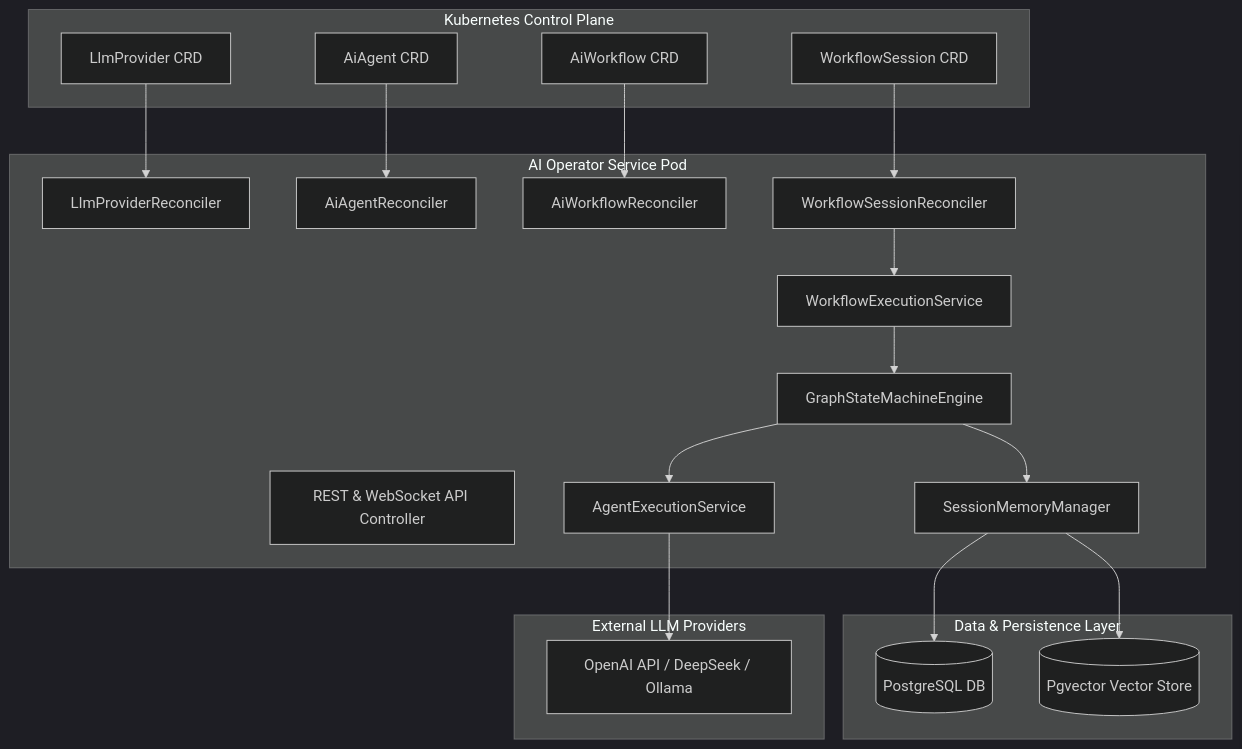
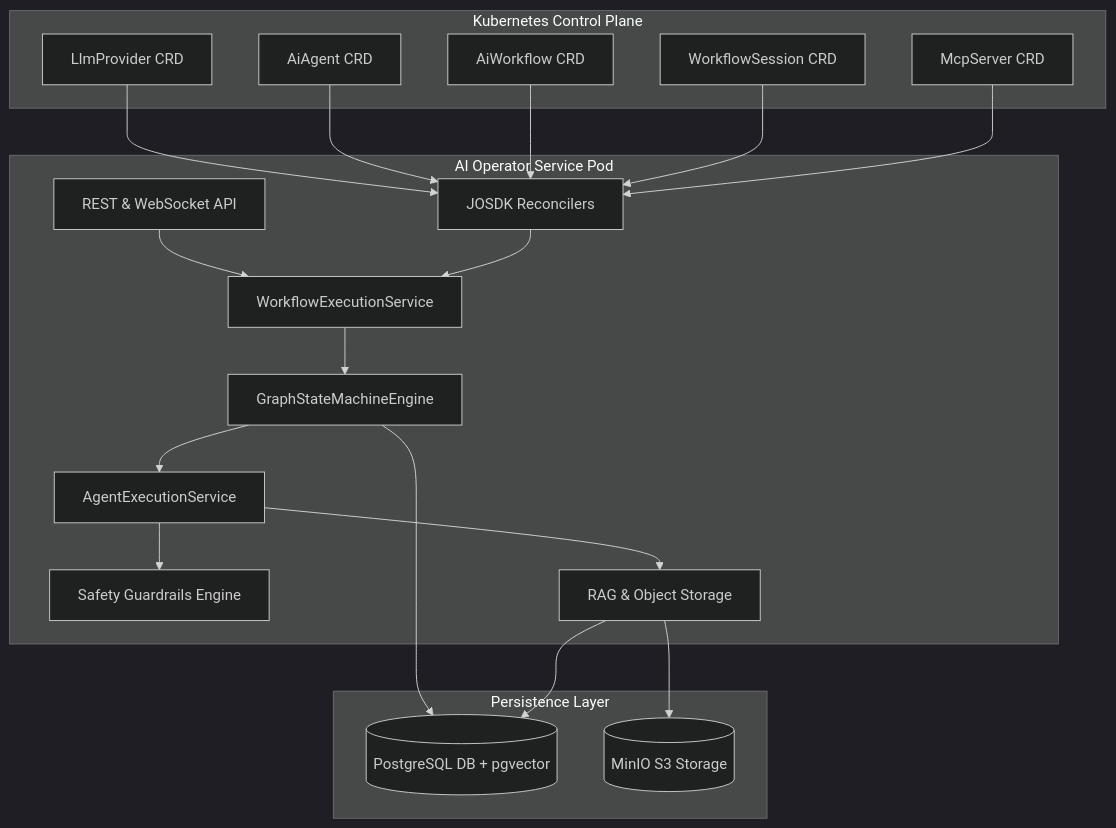
The diagram in docs/index.md (netologist/tuluat), drawn with Mermaid (dark theme) before and after one commit. The commit also changed other lines of this file and 20 other files, not shown here.

````diff
--- a/docs/index.md
+++ b/docs/index.md
@@ -11,45 +11,42 @@
 ```mermaid
 graph TD
     subgraph Kubernetes Control Plane
         CRD1[LlmProvider CRD]
         CRD2[AiAgent CRD]
         CRD3[AiWorkflow CRD]
         CRD4[WorkflowSession CRD]
+        CRD5[McpServer CRD]
     end
 
     subgraph AI Operator Service Pod
-        Rec1[LlmProviderReconciler]
-        Rec2[AiAgentReconciler]
-        Rec3[AiWorkflowReconciler]
-        Rec4[WorkflowSessionReconciler]
-        
-        API[REST & WebSocket API Controller]
+        Rec[JOSDK Reconcilers]
+        API[REST & WebSocket API]
         ExecSvc[WorkflowExecutionService]
         Engine[GraphStateMachineEngine]
         AgentExec[AgentExecutionService]
-        MemMgr[SessionMemoryManager]
+        Guardrails[Safety Guardrails Engine]
+        RagSvc[RAG & Object Storage]
     end
 
-    subgraph Data & Persistence Layer
-        Postgres[(PostgreSQL DB)]
-        PgVector[(Pgvector Vector Store)]
+    subgraph Persistence Layer
+        Postgres[(PostgreSQL DB + pgvector)]
+        MinIO[(MinIO S3 Storage)]
     end
 
-    subgraph External LLM Providers
-        OpenAI[OpenAI API / DeepSeek / Ollama]
-    end
+    CRD1 --> Rec
+    CRD2 --> Rec
+    CRD3 --> Rec
+    CRD4 --> Rec
+    CRD5 --> Rec
 
-    CRD1 --> Rec1
-    CRD2 --> Rec2
-    CRD3 --> Rec3
-    CRD4 --> Rec4
-
-    Rec4 --> ExecSvc
+    API --> ExecSvc
+    Rec --> ExecSvc
     ExecSvc --> Engine
     Engine --> AgentExec
-    Engine --> MemMgr
+    AgentExec --> Guardrails
+    AgentExec --> RagSvc
 
-    AgentExec --> OpenAI
-    MemMgr --> Postgres
-    MemMgr --> PgVector
+    Engine --> Postgres
+    RagSvc --> Postgres
+    RagSvc --> MinIO
 ```
````
